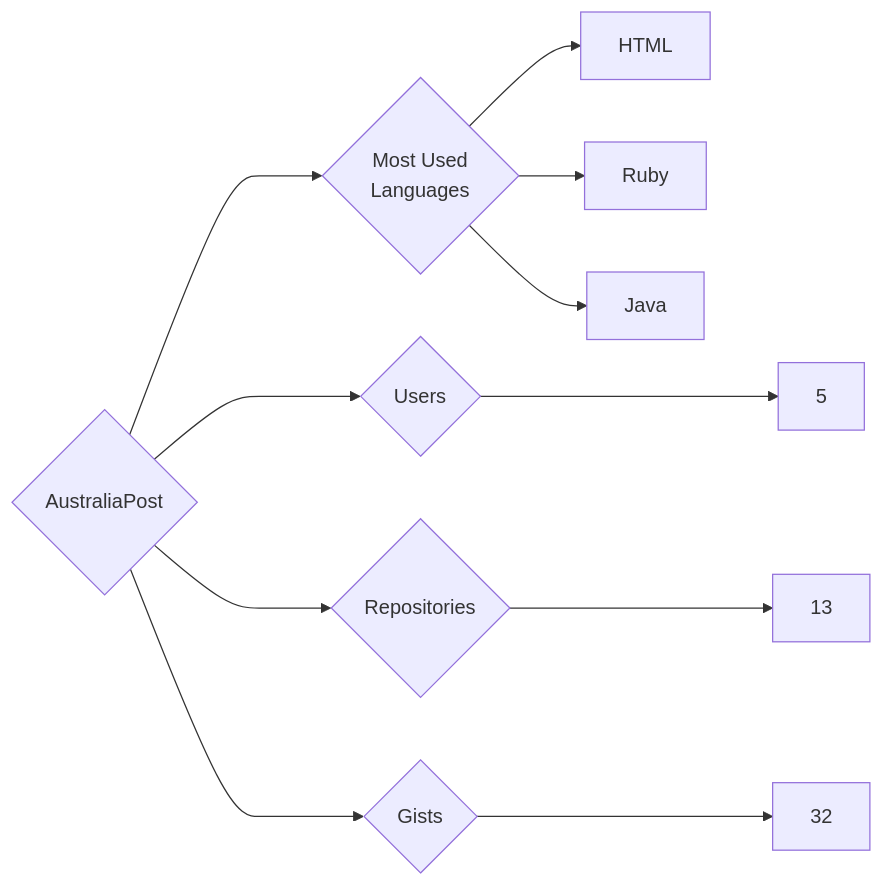
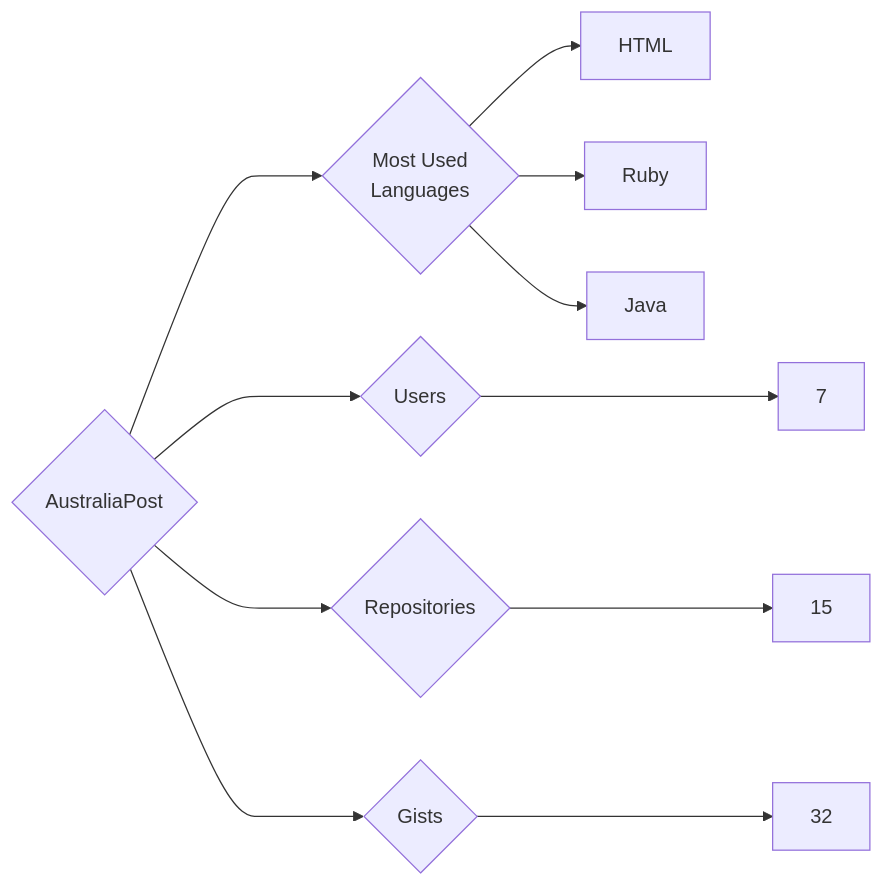
One commit to trickest/insiders changed the diagram in targets/AustraliaPost/README.md. Above: the diagram before and after it, drawn with Mermaid. The commit also changed 1007 other files, not shown here.

````diff
--- a/targets/AustraliaPost/README.md
+++ b/targets/AustraliaPost/README.md
@@ -3,11 +3,11 @@
 ```mermaid
 graph LR
 COMPANY_NAME{AustraliaPost}
-COMPANY_NAME ---> U{Users} ---> UN[5]
-COMPANY_NAME ---> R{Repositories} ---> RN[13]
+COMPANY_NAME ---> U{Users} ---> UN[7]
+COMPANY_NAME ---> R{Repositories} ---> RN[15]
 COMPANY_NAME ---> G{Gists} ---> GN[32]
 COMPANY_NAME ---> ML{Most Used<br>Languages}
 ML --> HTML[HTML]
 ML --> Ruby[Ruby]
 ML --> Java[Java]
 ```
````
